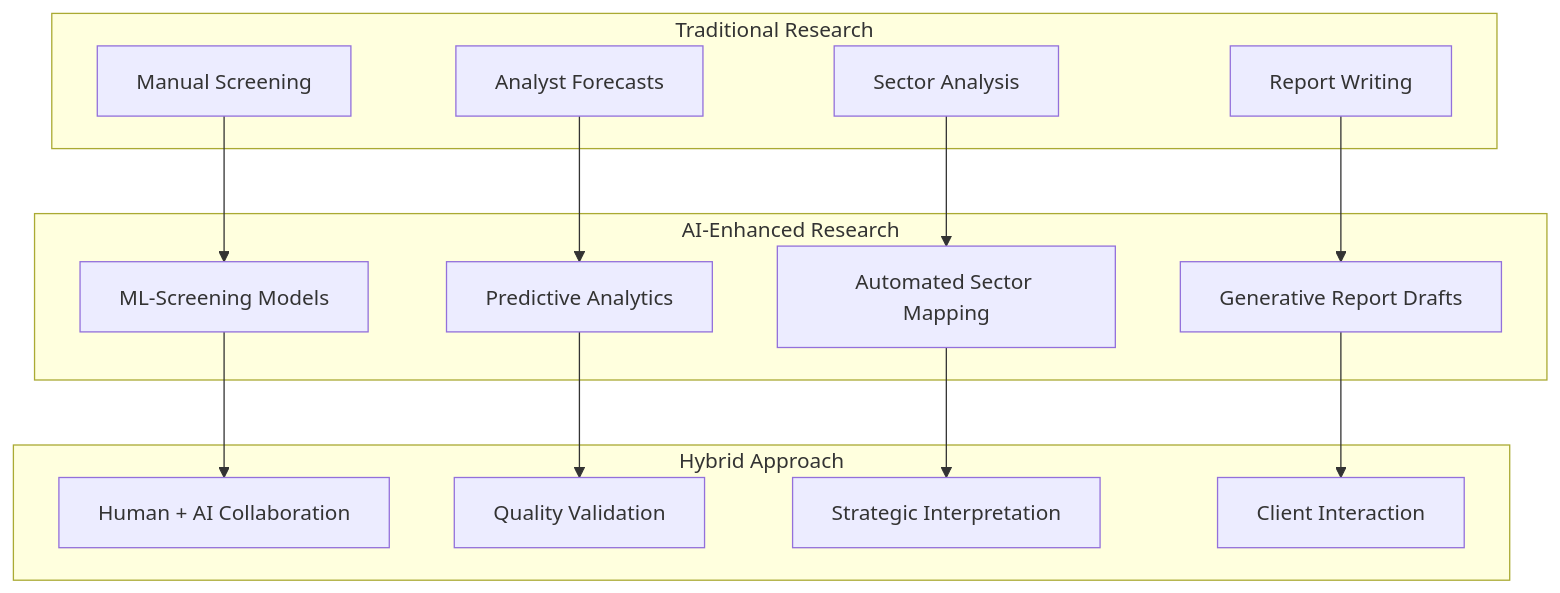
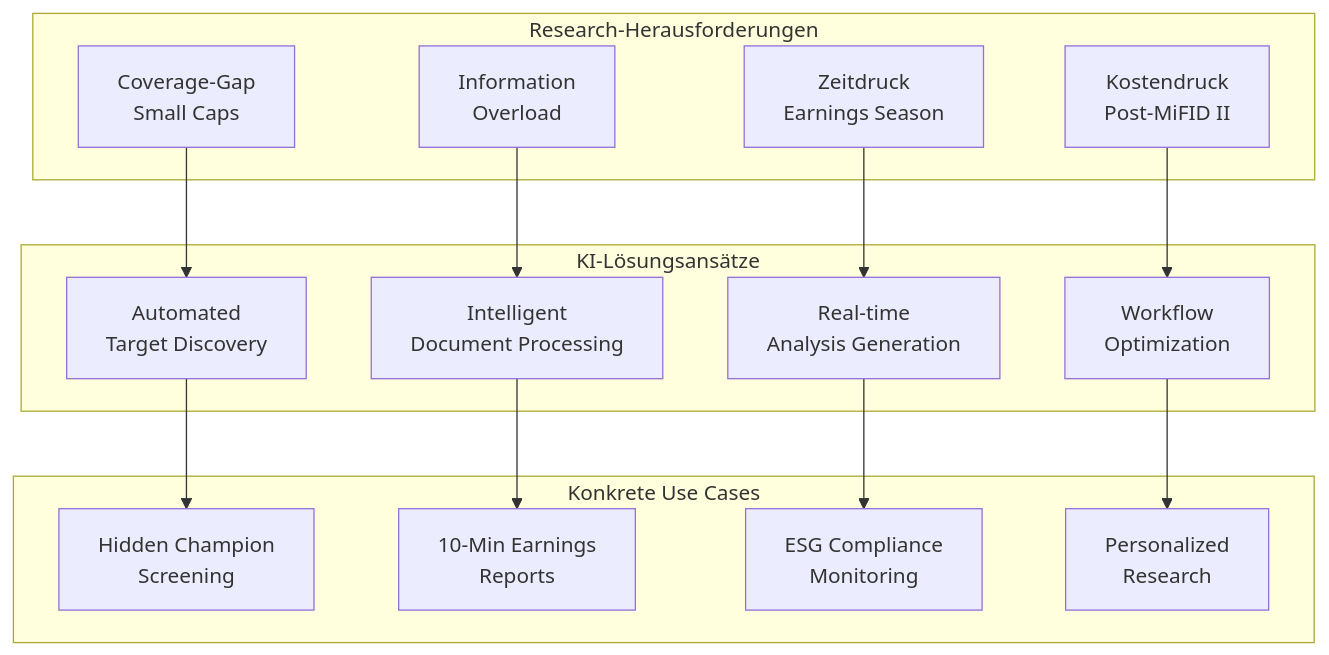
The ninth of 15 diagrams in 06d_Research_Market_Analysis.md (ProfDrT/investment-bank), drawn with Mermaid before and after one commit. The commit also changed other lines of this file, not shown here.

First line of the commit message:
refactor: restructure AI research section with problem-solution framework

````diff
--- a/06d_Research_Market_Analysis.md
+++ b/06d_Research_Market_Analysis.md
@@ -485,32 +489,28 @@
 ```mermaid
-flowchart TB
-  subgraph "Traditional Research"
-    A["Manual Screening"]
-    B["Analyst Forecasts"] 
-    C["Sector Analysis"]
-    D["Report Writing"]
+flowchart TD
+  subgraph "Research-Herausforderungen"
+    A["Coverage-Gap<br/>Small Caps"]
+    B["Information<br/>Overload"]
+    C["Zeitdruck<br/>Earnings Season"]
+    D["Kostendruck<br/>Post-MiFID II"]
   end
   
-  subgraph "AI-Enhanced Research"
-    E["ML-Screening Models"]
-    F["Predictive Analytics"]
-    G["Automated Sector Mapping"]
-    H["Generative Report Drafts"]
+  subgraph "KI-Lösungsansätze"
+    E["Automated<br/>Target Discovery"]
+    F["Intelligent<br/>Document Processing"]
+    G["Real-time<br/>Analysis Generation"]
+    H["Workflow<br/>Optimization"]
   end
   
-  subgraph "Hybrid Approach"
-    I["Human + AI Collaboration"]
-    J["Quality Validation"]
-    K["Strategic Interpretation"]
-    L["Client Interaction"]
+  subgraph "Konkrete Use Cases"
+    I["Hidden Champion<br/>Screening"]
+    J["10-Min Earnings<br/>Reports"]
+    K["ESG Compliance<br/>Monitoring"]
+    L["Personalized<br/>Research"]
   end
   
-  A --> E
-  B --> F
-  C --> G
-  D --> H
-  E --> I
-  F --> J
-  G --> K
-  H --> L
+  A --> E --> I
+  B --> F --> J
+  C --> G --> K
+  D --> H --> L
 ```
````
